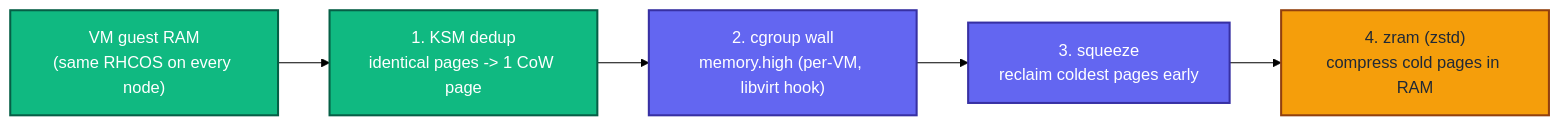
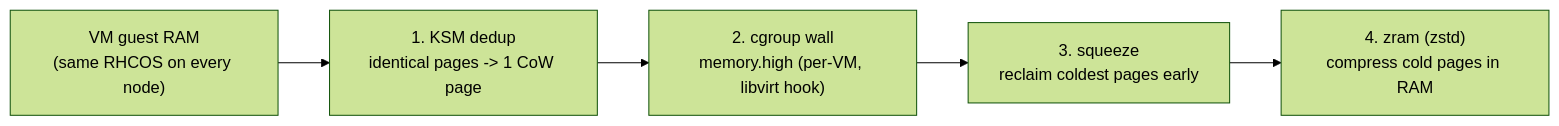
Before and after one commit to maci0/vmetal-openshift: the diagram in docs/memory-optimization.md, drawn with Mermaid (forest theme). The commit also changed 1 other file, not shown here.

Commit message:
docs: redo topology diagrams as clean layered reference architectures
Render cleanly in beautiful-mermaid (and GitHub mermaid): dropped per-node classDef
coloring (beautiful-mermaid ignores it and mis-parses the class directive) and the
& fan-edges, in favor of grouped tiers + two network buses. Each topology now shows
management/OOB, the control-plane and compute tiers, and the machine/data bridge
buses, with masters wired to the machine bus only in 3+N (the role-aware split).
Verified all 11 diagrams render in both engines.

````diff
--- a/docs/memory-optimization.md
+++ b/docs/memory-optimization.md
@@ -31,17 +31,10 @@
 ```mermaid
 flowchart LR
   ram["VM guest RAM<br/>(same RHCOS on every node)"]
   ksm["1. KSM dedup<br/>identical pages -> 1 CoW page"]
   wall["2. cgroup wall<br/>memory.high (per-VM, libvirt hook)"]
   squeeze["3. squeeze<br/>reclaim coldest pages early"]
   zram["4. zram (zstd)<br/>compress cold pages in RAM"]
   ram --> ksm --> wall --> squeeze --> zram
 
-  classDef a fill:#10b981,stroke:#065f46,color:#fff,stroke-width:2px;
-  classDef b fill:#6366f1,stroke:#3730a3,color:#fff,stroke-width:2px;
-  classDef c fill:#f59e0b,stroke:#92400e,color:#1f2937,stroke-width:2px;
-  class ram a;
-  class ksm a;
-  class wall,squeeze b;
-  class zram c;
 ```
````
